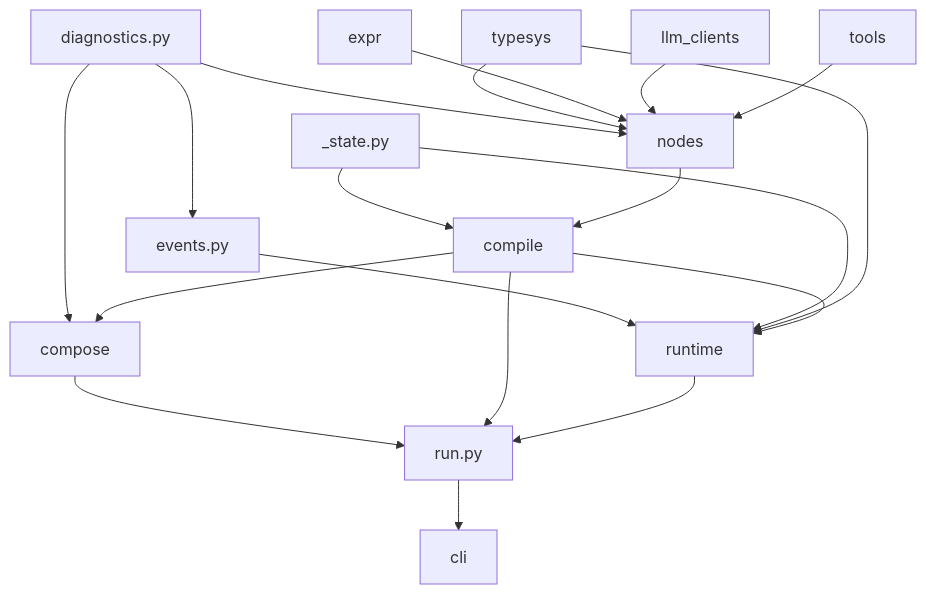
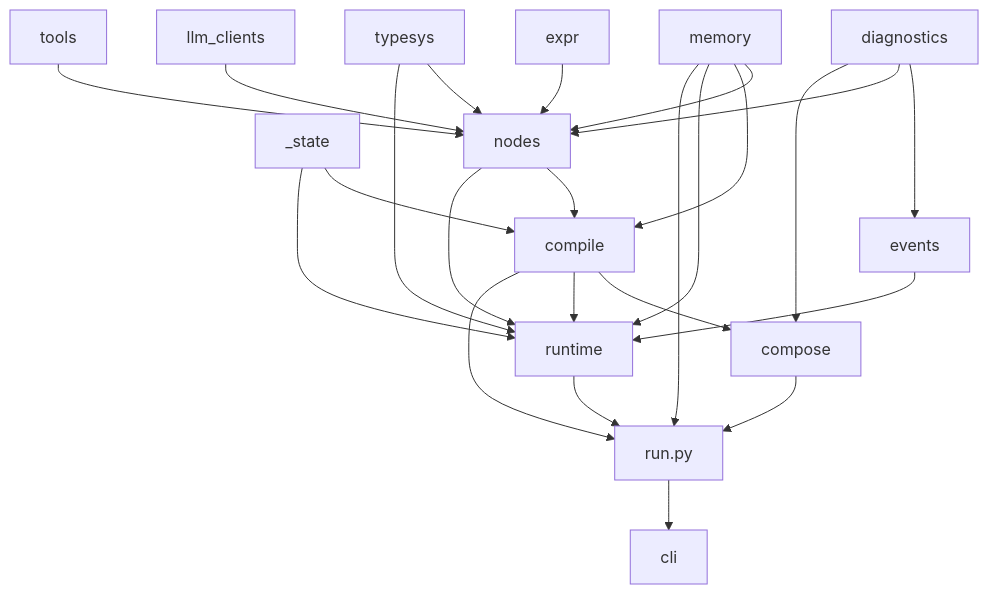
Before and after one commit to ngocbh/yian: the second of 2 diagrams in docs/architecture.md, drawn with Mermaid. The commit also changed other lines of this file, not shown here.

````diff
--- a/docs/architecture.md
+++ b/docs/architecture.md
@@ -375,35 +202,44 @@
 ```mermaid
 flowchart TB
-    diagnostics["diagnostics.py"]
-    events["events.py"]
-    state["_state.py"]
+    diagnostics["diagnostics"]
+    state["_state"]
     typesys["typesys"]
     expr["expr"]
+    memory["memory"]
+    events["events"]
     llm["llm_clients"]
     tools["tools"]
     nodes["nodes"]
     compile["compile"]
     compose["compose"]
     runtime["runtime"]
     run["run.py"]
     cli["cli"]
 
     diagnostics --> events
     diagnostics --> nodes
     typesys --> nodes
     expr --> nodes
+    memory --> nodes
     llm --> nodes
     tools --> nodes
+
     state --> compile
     nodes --> compile
+    memory --> compile
+    compile --> compose
+    diagnostics --> compose
+
     events --> runtime
     state --> runtime
     typesys --> runtime
+    memory --> runtime
+    nodes --> runtime
     compile --> runtime
-    diagnostics --> compose
-    compile --> compose
+
     compose --> run
     compile --> run
+    memory --> run
     runtime --> run
     run --> cli
 ```
````
